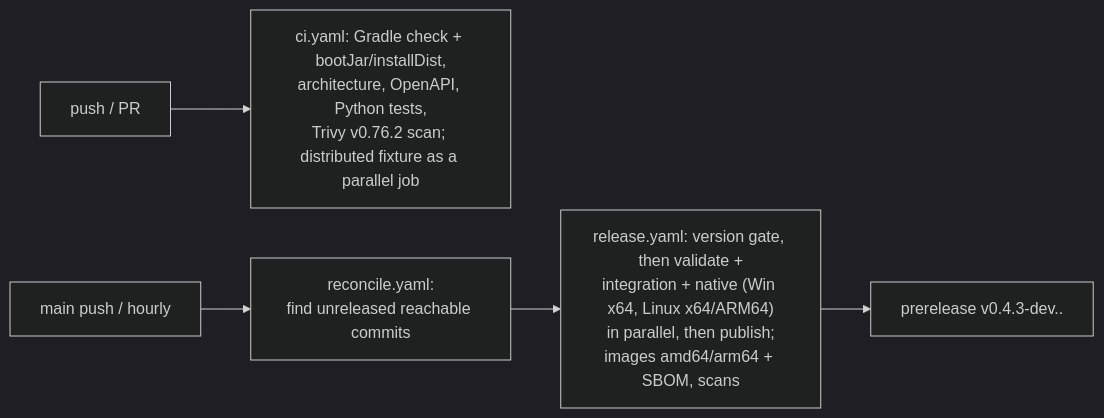
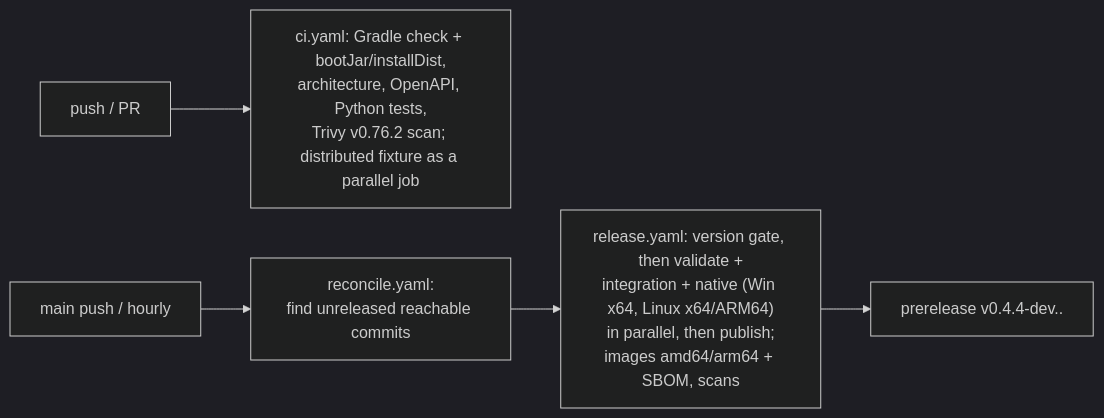
Before and after one commit to athegreat90/minecraft-modsync: diagram 12 of 12 in docs/GUIDE.md, drawn with Mermaid (dark theme). The commit also changed 16 other files, not shown here.

````diff
--- a/docs/GUIDE.md
+++ b/docs/GUIDE.md
@@ -384,7 +384,7 @@
 ```mermaid
 flowchart LR
   PR[push / PR] --> CI["ci.yaml: Gradle check + bootJar/installDist,\narchitecture, OpenAPI, Python tests,\nTrivy v0.76.2 scan; distributed fixture as a parallel job"]
   main[main push / hourly] --> REC["reconcile.yaml:\nfind unreleased reachable commits"]
   REC --> REL["release.yaml: version gate, then validate +\nintegration + native (Win x64, Linux x64/ARM64)\nin parallel, then publish;\nimages amd64/arm64 + SBOM, scans"]
-  REL --> PRE["prerelease v0.4.3-dev.<time>.<sha>"]
+  REL --> PRE["prerelease v0.4.4-dev.<time>.<sha>"]
 ```
````
